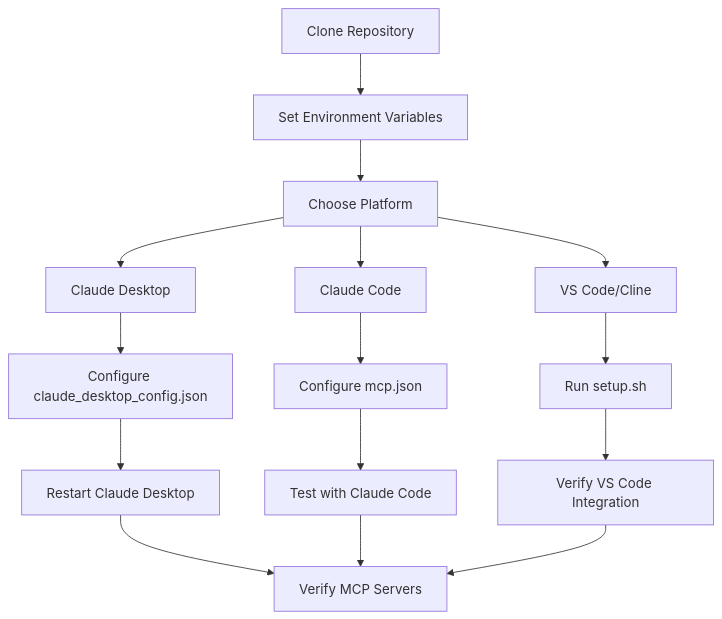
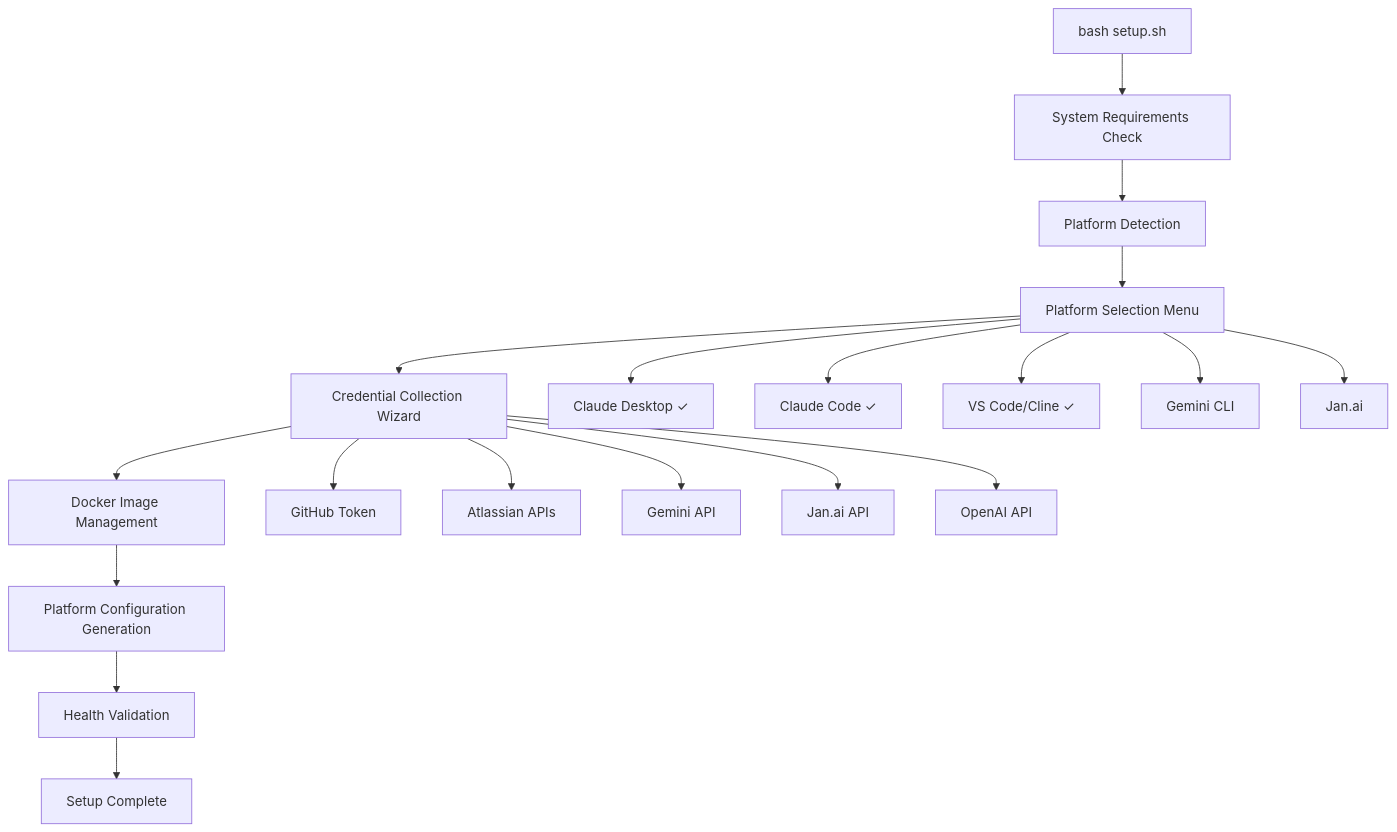
The second of 6 diagrams in product-docs/06-user-guide.md (aporb/claude-mcp-server-toolkit), drawn with Mermaid before and after one commit. The commit also changed other lines of this file and 2 other files, not shown here.

First line of the commit message:
docs: update documentation for multi-platform CLI enhancements

````diff
--- a/product-docs/06-user-guide.md
+++ b/product-docs/06-user-guide.md
@@ -53,17 +95,23 @@
 ```mermaid
 flowchart TD
-    A[Clone Repository] --> B[Set Environment Variables]
-    B --> C[Choose Platform]
-    C --> D[Claude Desktop]
-    C --> E[Claude Code]
-    C --> F[VS Code/Cline]
-    D --> G[Configure claude_desktop_config.json]
-    E --> H[Configure mcp.json]
-    F --> I[Run setup.sh]
-    G --> J[Restart Claude Desktop]
-    H --> K[Test with Claude Code]
-    I --> L[Verify VS Code Integration]
-    J --> M[Verify MCP Servers]
-    K --> M
-    L --> M
+    A[bash setup.sh] --> B[System Requirements Check]
+    B --> C[Platform Detection]
+    C --> D[Platform Selection Menu]
+    D --> E[Credential Collection Wizard]
+    E --> F[Docker Image Management]
+    F --> G[Platform Configuration Generation]
+    G --> H[Health Validation]
+    H --> I[Setup Complete]
+    
+    D --> D1[Claude Desktop ✓]
+    D --> D2[Claude Code ✓]
+    D --> D3[VS Code/Cline ✓]
+    D --> D4[Gemini CLI]
+    D --> D5[Jan.ai]
+    
+    E --> E1[GitHub Token]
+    E --> E2[Atlassian APIs]
+    E --> E3[Gemini API]
+    E --> E4[Jan.ai API]
+    E --> E5[OpenAI API]
 ```
````
